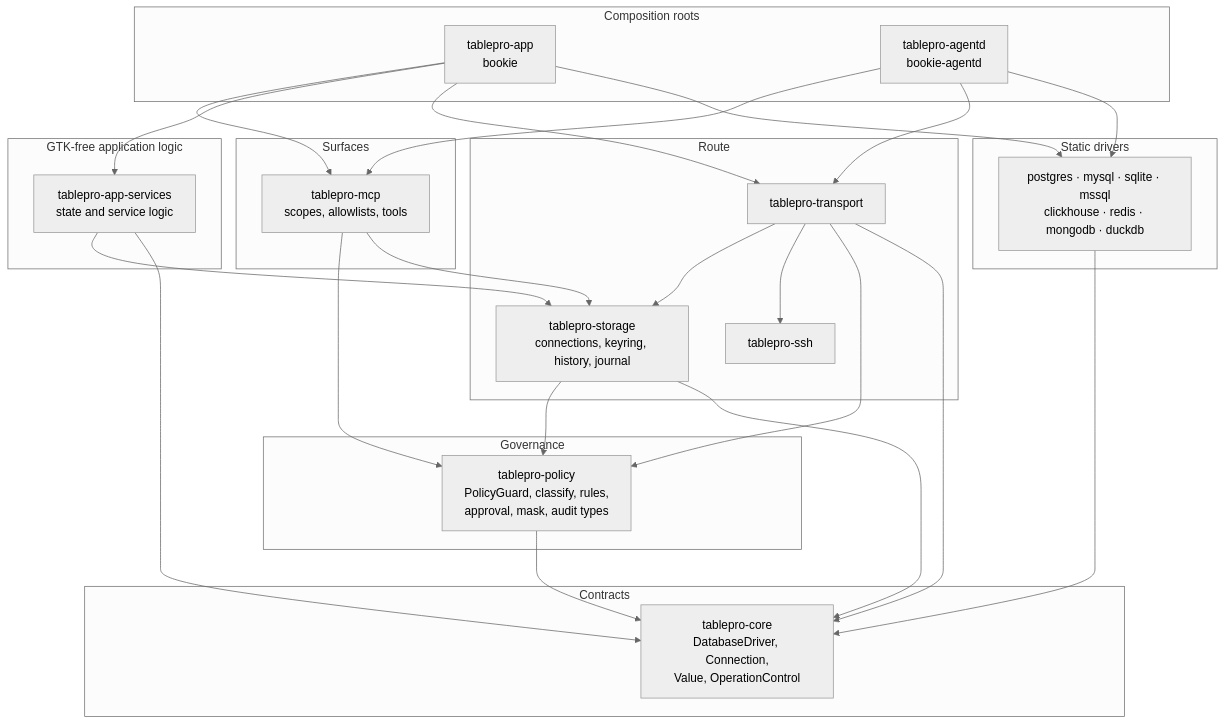
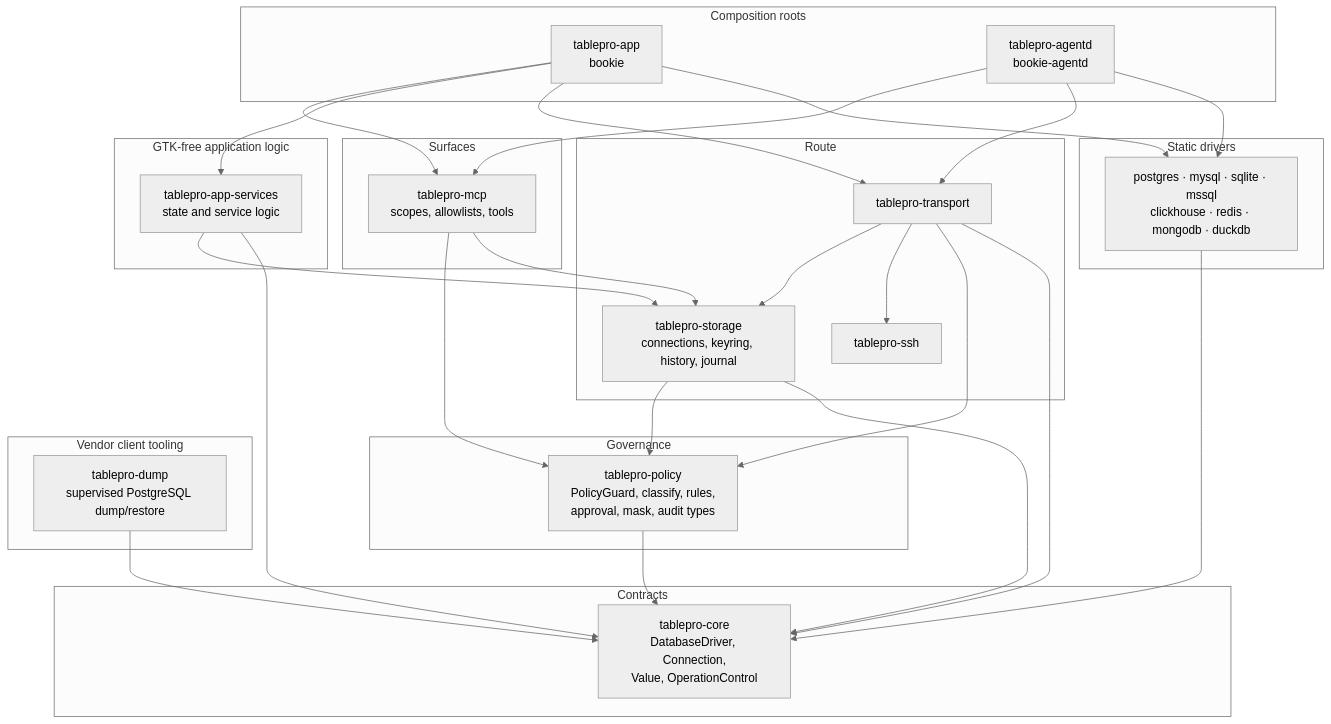
The second of 5 diagrams in ARCHITECTURE.md (TableProApp/TablePro), drawn with Mermaid (neutral theme) before and after one commit. The commit also changed other lines of this file and 6 other files, not shown here.

````diff
--- a/ARCHITECTURE.md
+++ b/ARCHITECTURE.md
@@ -74,53 +74,58 @@
 ```mermaid
 flowchart TB
     subgraph roots["Composition roots"]
         app["tablepro-app<br/>bookie"]
         agentd["tablepro-agentd<br/>bookie-agentd"]
     end
 
     subgraph surfaces["Surfaces"]
         mcp["tablepro-mcp<br/>scopes, allowlists, tools"]
     end
 
     subgraph app_logic["GTK-free application logic"]
         app_services["tablepro-app-services<br/>state and service logic"]
     end
 
     subgraph governance["Governance"]
         policy["tablepro-policy<br/>PolicyGuard, classify, rules,<br/>approval, mask, audit types"]
     end
 
     subgraph route["Route"]
         transport["tablepro-transport"]
         ssh["tablepro-ssh"]
         storage["tablepro-storage<br/>connections, keyring, history, journal"]
     end
 
+    subgraph tooling["Vendor client tooling"]
+        dump["tablepro-dump<br/>supervised PostgreSQL dump/restore"]
+    end
+
     subgraph contracts["Contracts"]
         core["tablepro-core<br/>DatabaseDriver, Connection,<br/>Value, OperationControl"]
     end
 
     subgraph drivers["Static drivers"]
         drv["postgres · mysql · sqlite · mssql<br/>clickhouse · redis · mongodb · duckdb"]
     end
 
     app --> mcp
     agentd --> mcp
     app --> app_services
     app_services --> storage
     app_services --> core
     app --> transport
     agentd --> transport
     mcp --> policy
     mcp --> storage
     transport --> storage
     transport --> ssh
     transport --> policy
     transport --> core
     policy --> core
+    dump --> core
     storage --> policy
     storage --> core
     drv --> core
     app --> drv
     agentd --> drv
 ```
````
